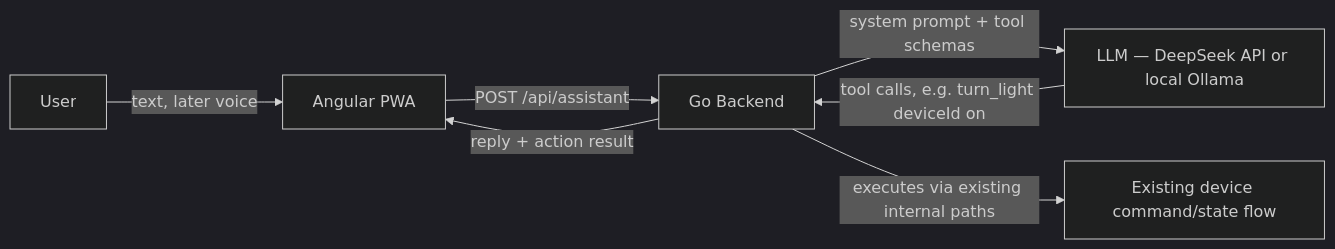
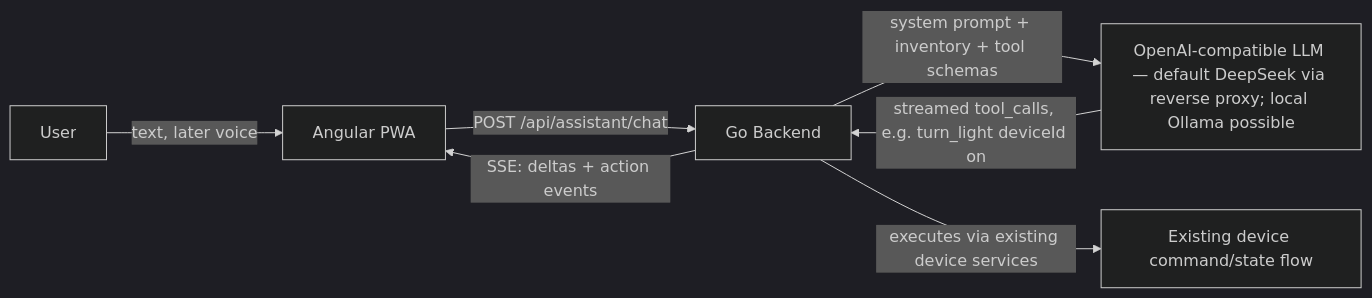
Before and after one commit to Amir1848/fanoos: the second of 2 diagrams in docs/architucture.md, drawn with Mermaid (dark theme). The commit also changed other lines of this file and 21 other files, not shown here.

````diff
--- a/docs/architucture.md
+++ b/docs/architucture.md
@@ -117,9 +121,9 @@
 ```mermaid
 flowchart LR
     User[User] -->|text, later voice| PWA[Angular PWA]
-    PWA -->|POST /api/assistant| Backend[Go Backend]
-    Backend -->|system prompt + tool schemas| LLM[LLM — DeepSeek API or local Ollama]
-    LLM -->|tool calls, e.g. turn_light deviceId on| Backend
-    Backend -->|executes via existing internal paths| MQTT[Existing device command/state flow]
-    Backend -->|reply + action result| PWA
+    PWA -->|POST /api/assistant/chat| Backend[Go Backend]
+    Backend -->|system prompt + inventory + tool schemas| LLM[OpenAI-compatible LLM — default DeepSeek via reverse proxy; local Ollama possible]
+    LLM -->|streamed tool_calls, e.g. turn_light deviceId on| Backend
+    Backend -->|executes via existing device services| MQTT[Existing device command/state flow]
+    Backend -->|SSE: deltas + action events| PWA
 ```
````
